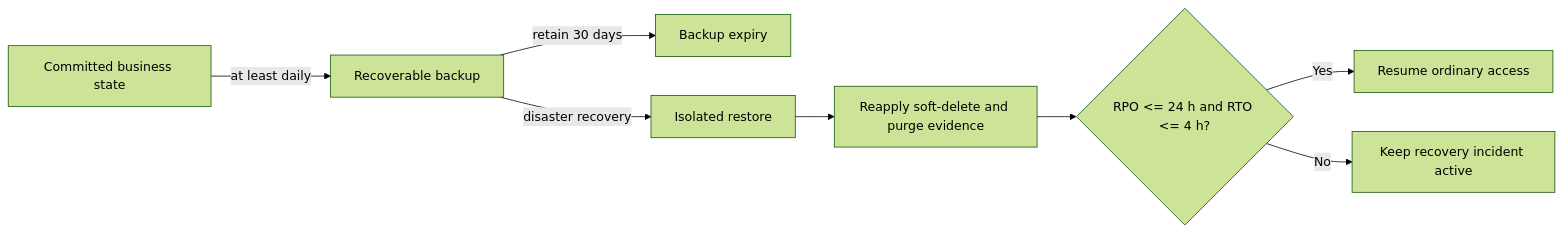
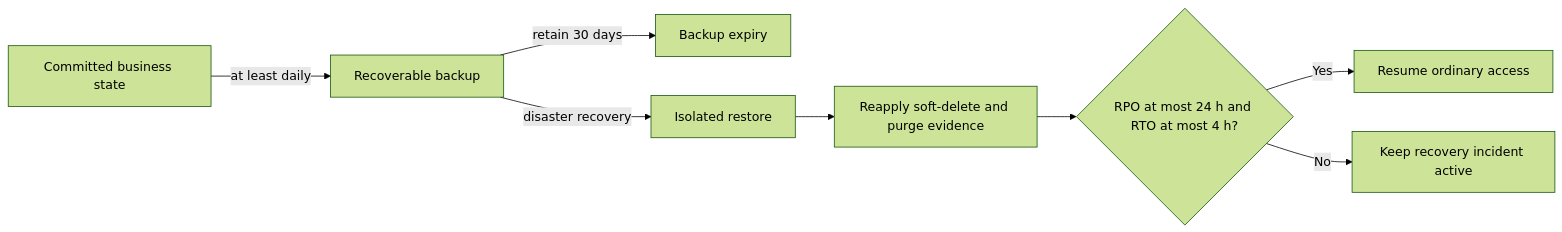
The eighth of 11 diagrams in docs/05_MODELING.md (Y4NN777/y7-feedback-mngt-system), drawn with Mermaid (forest theme) before and after one commit. The commit also changed other lines of this file and 3 other files, not shown here.

````diff
--- a/docs/05_MODELING.md
+++ b/docs/05_MODELING.md
@@ -245,10 +245,10 @@
 ```mermaid
 flowchart LR
     Commit[Committed business state] -->|at least daily| Backup[Recoverable backup]
     Backup -->|retain 30 days| Expire[Backup expiry]
     Backup -->|disaster recovery| Restore[Isolated restore]
     Restore --> Replay[Reapply soft-delete and purge evidence]
-    Replay --> Verify{RPO <= 24 h and RTO <= 4 h?}
+    Replay --> Verify{RPO at most 24 h and RTO at most 4 h?}
     Verify -- Yes --> Resume[Resume ordinary access]
     Verify -- No --> Incident[Keep recovery incident active]
 ```
````
